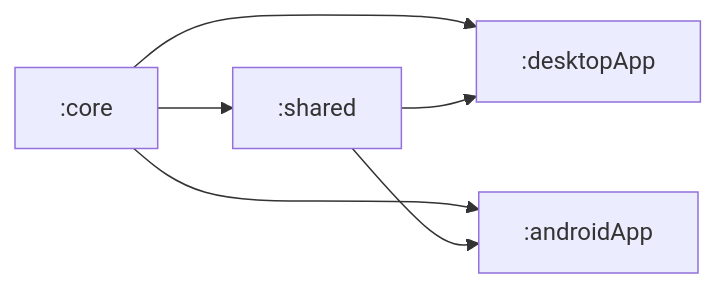
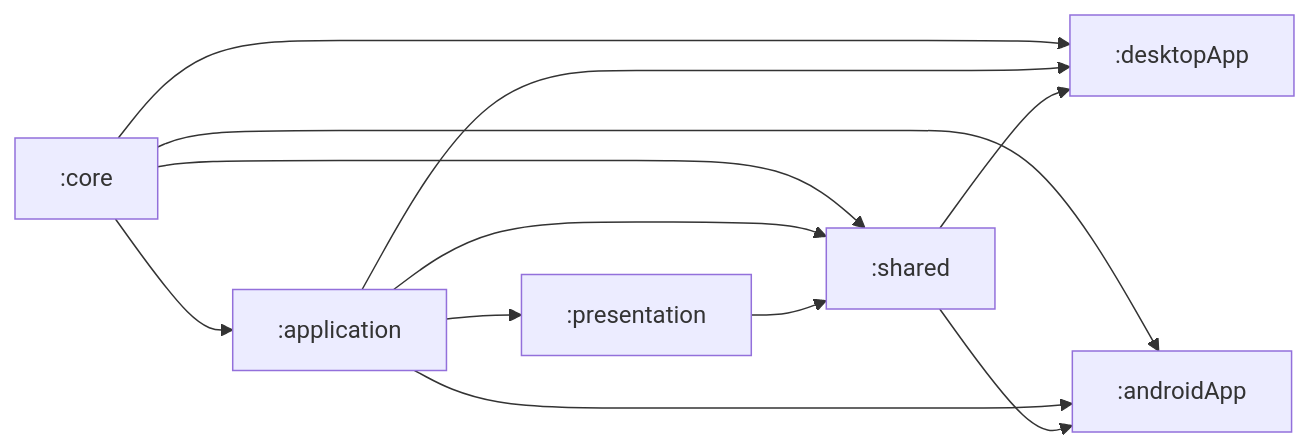
The first of 2 diagrams in mobile/README.md (folk21/osmapdigger), drawn with Mermaid before and after one commit. The commit also changed other lines of this file and 98 other files, not shown here.

First line of the commit message:
refactor: split application and presentation KMP modules

````diff
--- a/mobile/README.md
+++ b/mobile/README.md
@@ -14,8 +14,14 @@
 ```mermaid
 flowchart LR
-    CORE[":core"] --> SHARED[":shared"]
+    CORE[":core"] --> APP[":application"]
+    APP --> PRESENT[":presentation"]
+    CORE --> SHARED[":shared"]
+    APP --> SHARED
+    PRESENT --> SHARED
     CORE --> DESKTOP[":desktopApp"]
+    APP --> DESKTOP
+    SHARED --> DESKTOP
     CORE --> ANDROID[":androidApp"]
-    SHARED --> DESKTOP
+    APP --> ANDROID
     SHARED --> ANDROID
 ```
````
